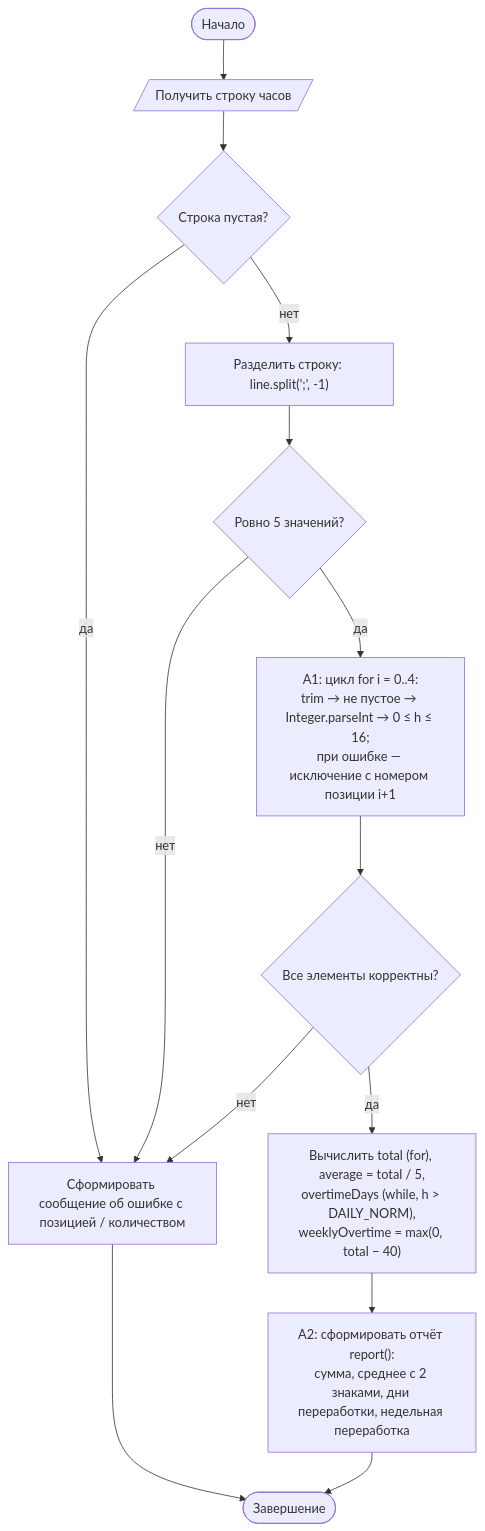
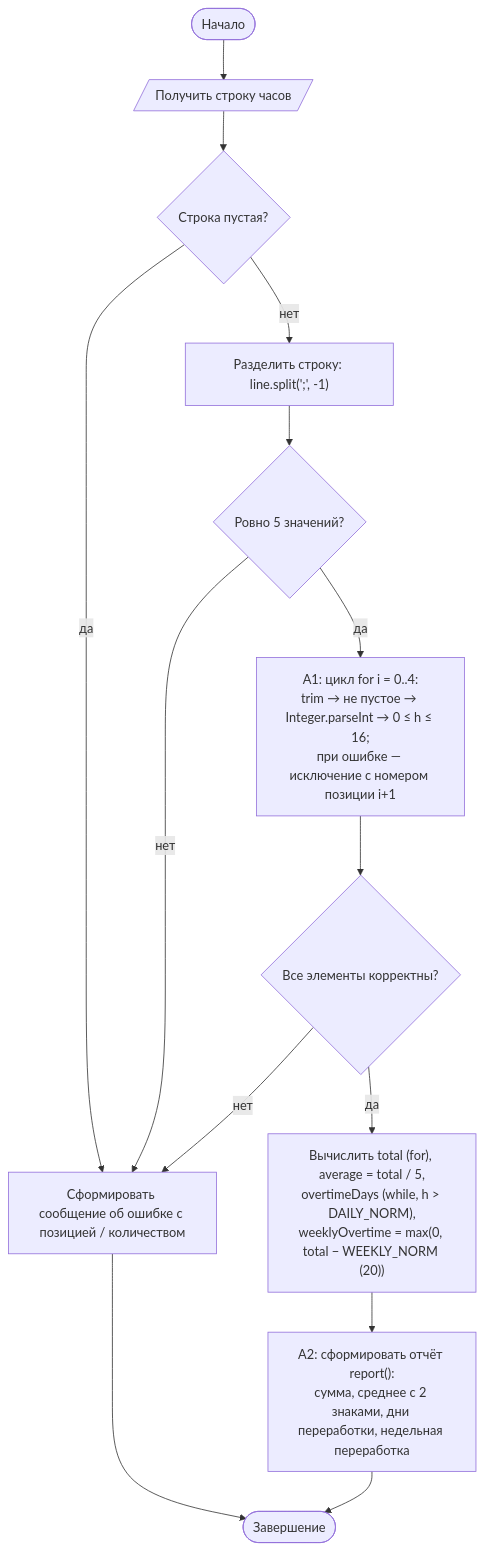
The first of 2 diagrams in pr05/README.md (f1shi/java-practice), drawn with Mermaid before and after one commit. The commit also changed other lines of this file and 68 other files, not shown here.

````diff
--- a/pr05/README.md
+++ b/pr05/README.md
@@ -18,16 +19,16 @@
 ```mermaid
 flowchart TD
     S([Начало]) --> IN[/Получить строку часов/]
     IN --> E0{Строка пустая?}
     E0 -- да --> ERR
     E0 -- нет --> SPLIT["Разделить строку: line.split(';', -1)"]
     SPLIT --> D1{Ровно 5 значений?}
     D1 -- нет --> ERR[Сформировать сообщение об ошибке с позицией / количеством]
     D1 -- да --> A1["A1: цикл for i = 0..4:<br/>trim → не пустое → Integer.parseInt → 0 ≤ h ≤ 16;<br/>при ошибке — исключение с номером позиции i+1"]
     A1 --> D2{Все элементы корректны?}
     D2 -- нет --> ERR
-    D2 -- да --> CALC["Вычислить total (for), average = total / 5,<br/>overtimeDays (while, h > DAILY_NORM),<br/>weeklyOvertime = max(0, total − 40)"]
+    D2 -- да --> CALC["Вычислить total (for), average = total / 5,<br/>overtimeDays (while, h > DAILY_NORM),<br/>weeklyOvertime = max(0, total − WEEKLY_NORM (20))"]
     CALC --> A2["A2: сформировать отчёт report():<br/>сумма, среднее с 2 знаками, дни переработки, недельная переработка"]
     A2 --> E([Завершение])
     ERR --> E
 ```
````
